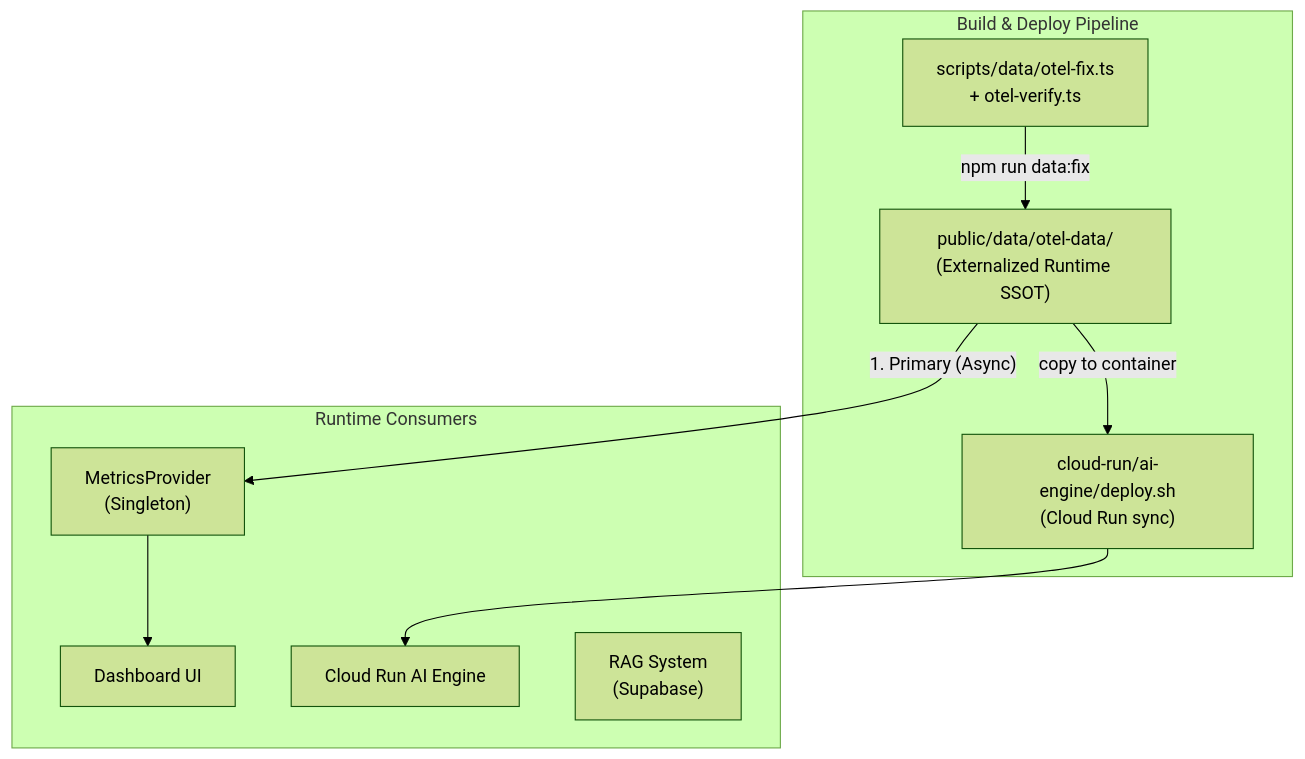
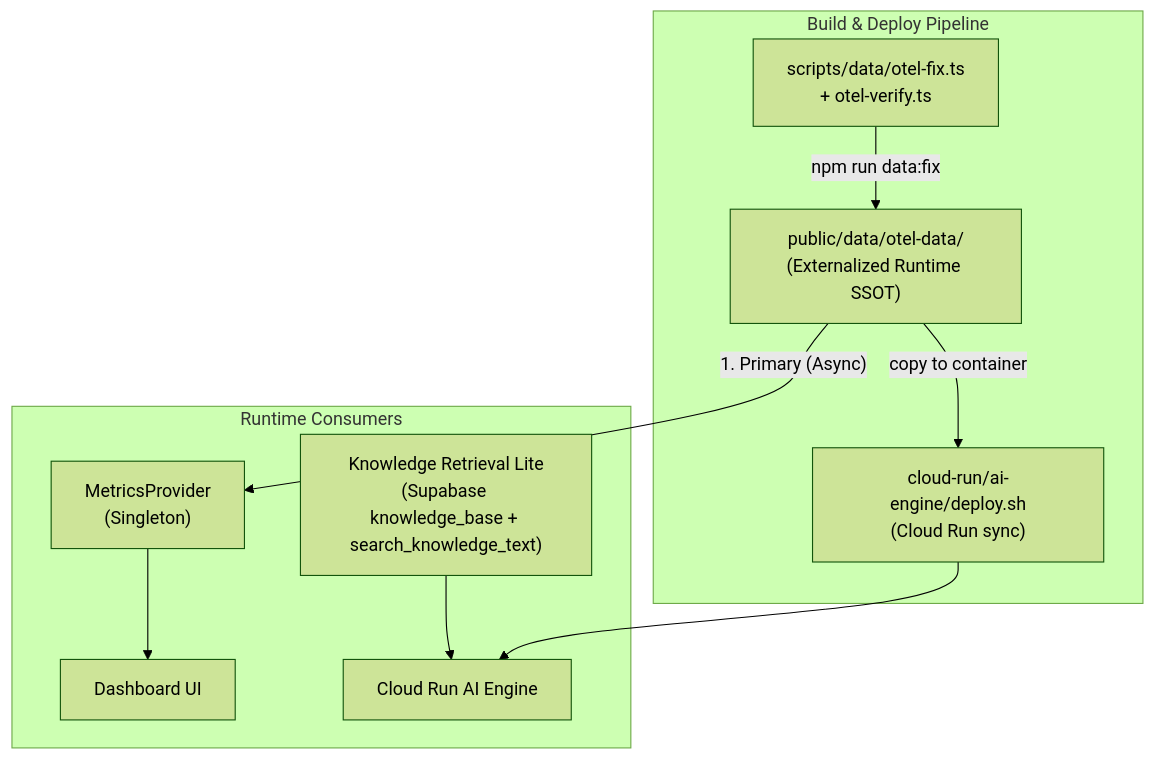
One commit to skyasu2/openmanager-ai changed the diagram in docs/reference/architecture/data/data-architecture.md. Above: the diagram before and after it, drawn with Mermaid (forest theme). The commit also changed other lines of this file and 15 other files, not shown here.

````diff
--- a/docs/reference/architecture/data/data-architecture.md
+++ b/docs/reference/architecture/data/data-architecture.md
@@ -43,21 +43,22 @@
 ```mermaid
 graph TD
     subgraph BuildTime["Build & Deploy Pipeline"]
         Script["scripts/data/otel-fix.ts<br/>+ otel-verify.ts"]
         OTelData["public/data/otel-data/<br/>(Externalized Runtime SSOT)"]
         Deploy["cloud-run/ai-engine/deploy.sh<br/>(Cloud Run sync)"]
         Script -->|"npm run data:fix"| OTelData
         OTelData -->|"copy to container"| Deploy
     end
 
     subgraph Runtime["Runtime Consumers"]
         MP["MetricsProvider<br/>(Singleton)"]
         Dashboard["Dashboard UI"]
         AIEngine["Cloud Run AI Engine"]
-        RAG["RAG System<br/>(Supabase)"]
+        KRL["Knowledge Retrieval Lite<br/>(Supabase knowledge_base + search_knowledge_text)"]
     end
 
     OTelData -->|"1. Primary (Async)"| MP
     MP --> Dashboard
     Deploy --> AIEngine
+    KRL --> AIEngine
 ```
````
